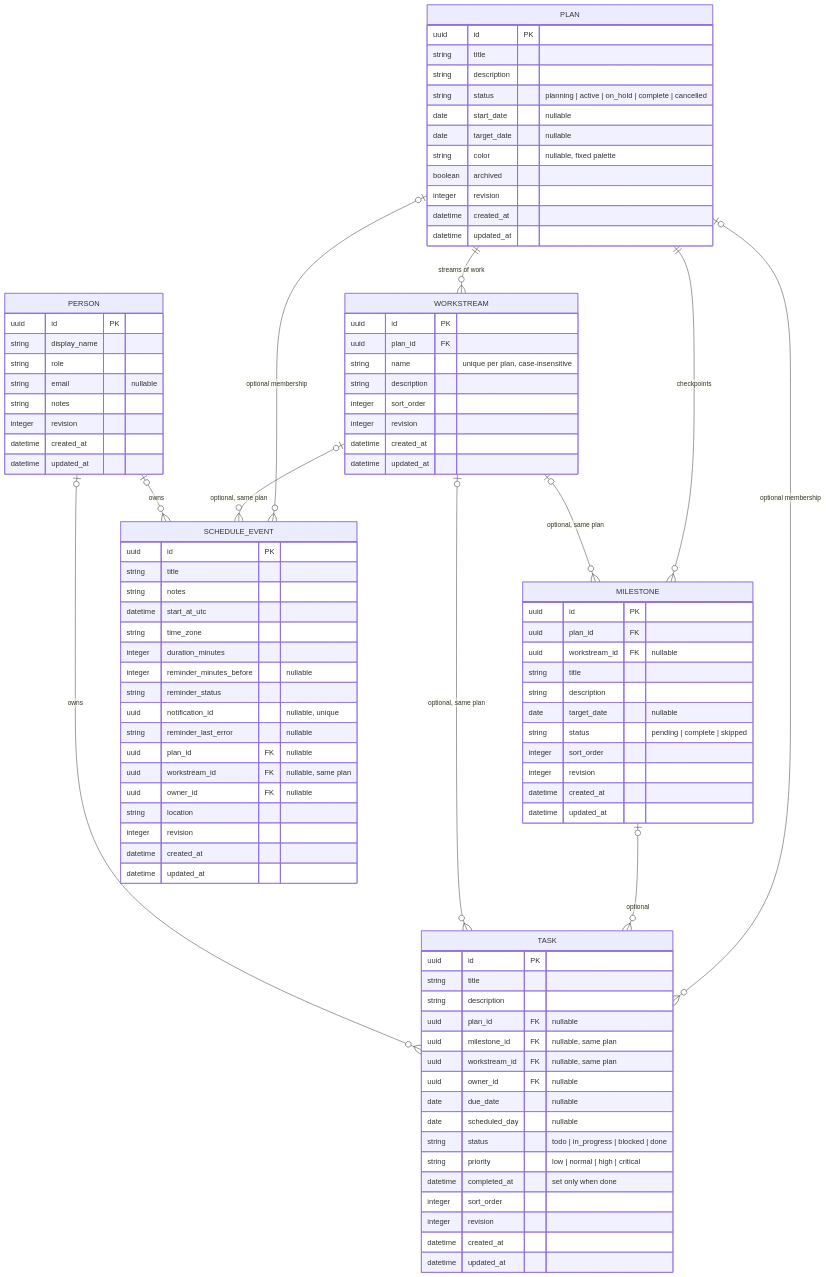
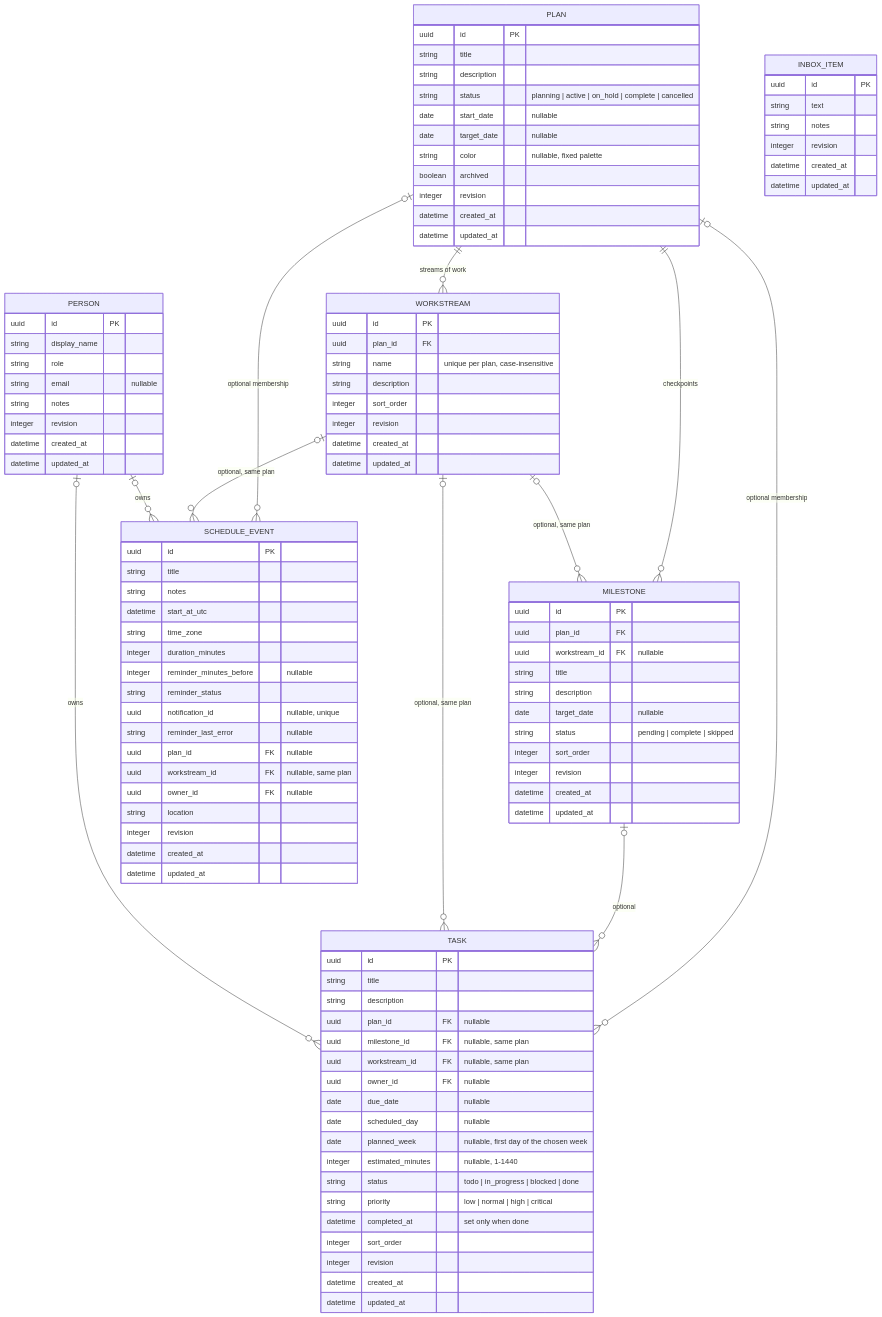
The second of 3 diagrams in README.md (Von-Van/DelvePlanner), drawn with Mermaid before and after one commit. The commit also changed other lines of this file and 38 other files, not shown here.

```diff
--- a/README.md
+++ b/README.md
@@ -121,6 +127,15 @@
   WORKSTREAM |o--o{ SCHEDULE_EVENT : "optional, same plan"
   PERSON |o--o{ TASK : "owns"
   PERSON |o--o{ SCHEDULE_EVENT : "owns"
+
+  INBOX_ITEM {
+    uuid id PK
+    string text
+    string notes
+    integer revision
+    datetime created_at
+    datetime updated_at
+  }
 
   PLAN {
     uuid id PK
@@ -182,6 +197,8 @@
     uuid owner_id FK "nullable"
     date due_date "nullable"
     date scheduled_day "nullable"
+    date planned_week "nullable, first day of the chosen week"
+    integer estimated_minutes "nullable, 1-1440"
     string status "todo | in_progress | blocked | done"
     string priority "low | normal | high | critical"
     datetime completed_at "set only when done"
```
